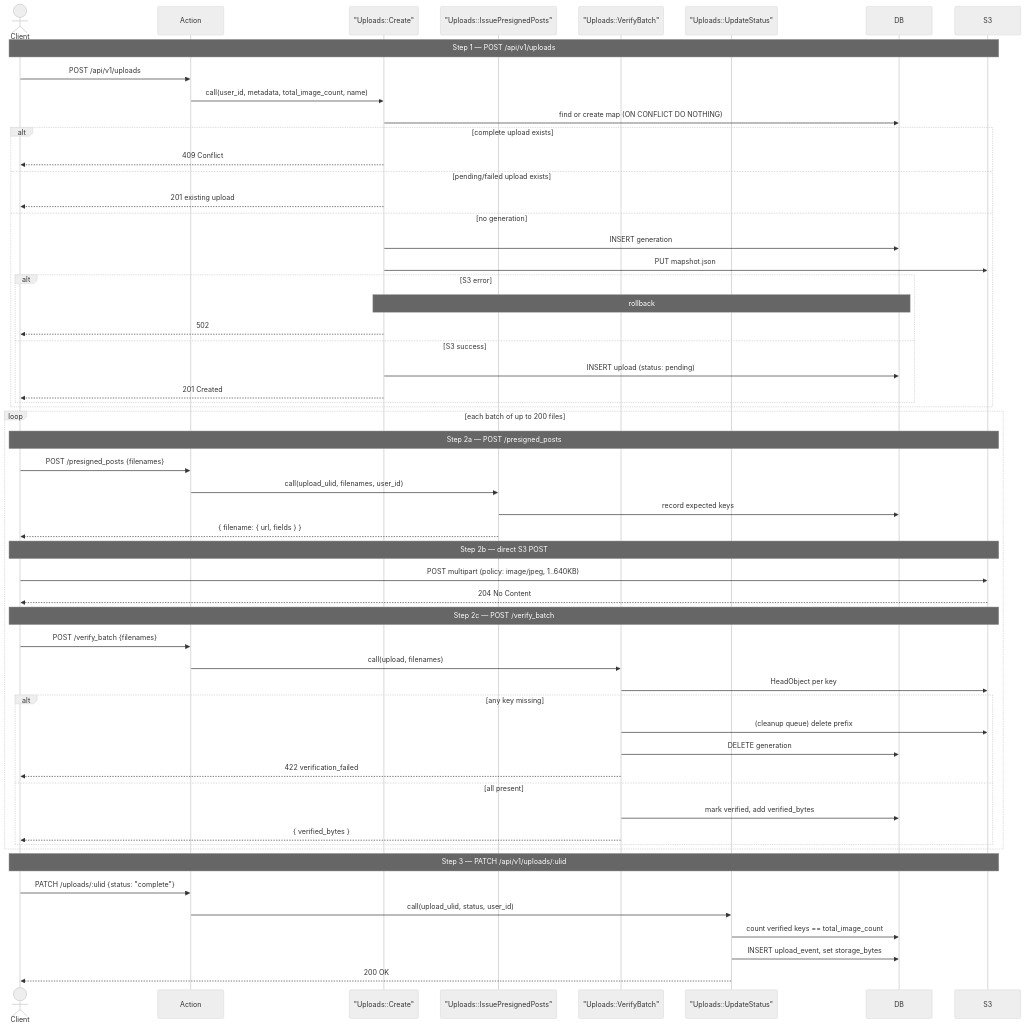
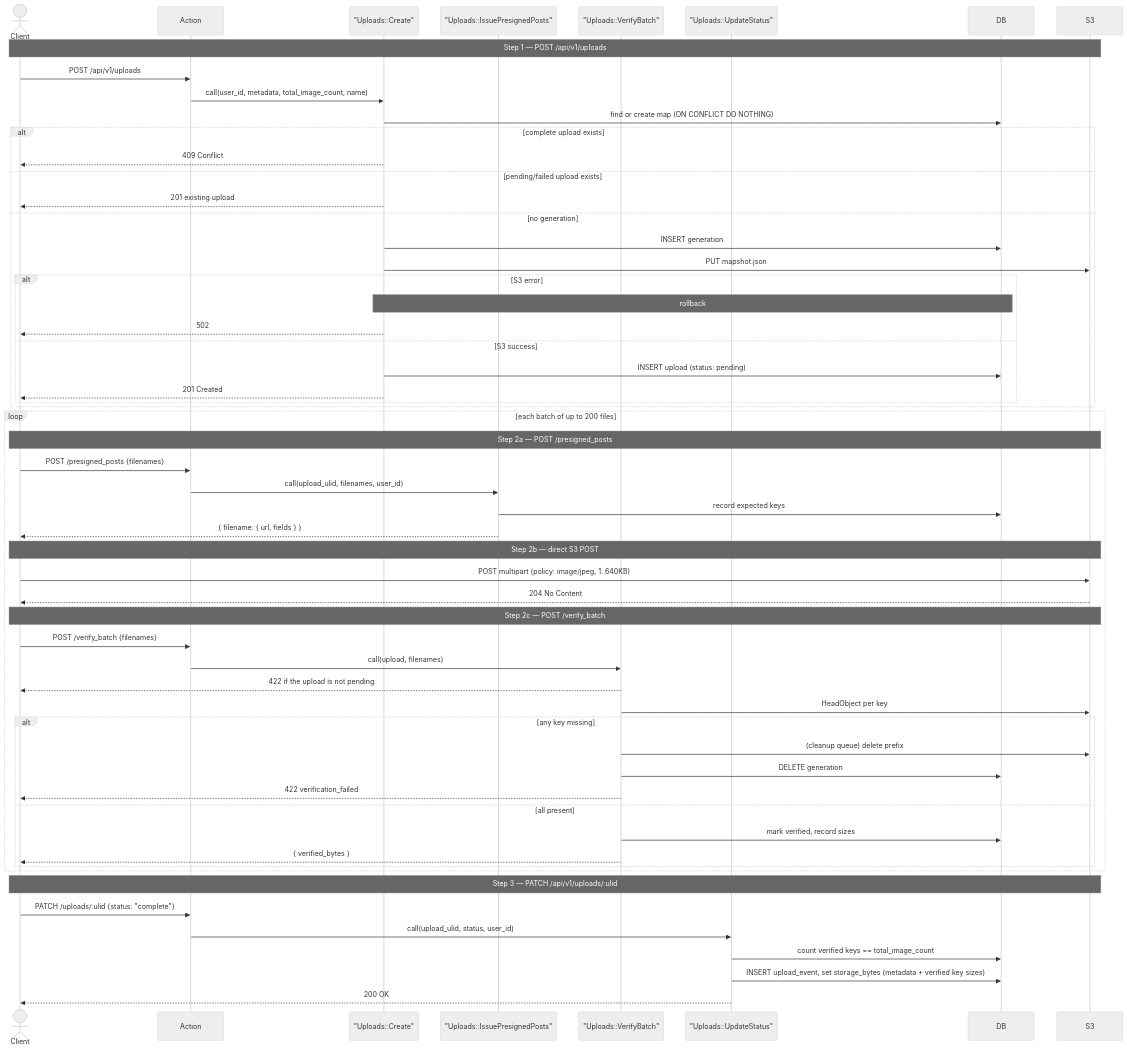
Before and after one commit to sakuro/pasta_atlas: the diagram in doc/architecture/upload-flow.md, drawn with Mermaid (neutral theme). The commit also changed other lines of this file and 17 other files, not shown here.

First line of the commit message:
:bug: Count each verified tile once in the storage size of a generation

````diff
--- a/doc/architecture/upload-flow.md
+++ b/doc/architecture/upload-flow.md
@@ -117,66 +118,67 @@
 ```mermaid
 sequenceDiagram
     actor Client
     participant Action
     participant UC as "Uploads::Create"
     participant IPP as "Uploads::IssuePresignedPosts"
     participant VB as "Uploads::VerifyBatch"
     participant UUS as "Uploads::UpdateStatus"
     participant DB
     participant S3
 
     Note over Client,S3: Step 1 — POST /api/v1/uploads
 
     Client->>Action: POST /api/v1/uploads
     Action->>UC: call(user_id, metadata, total_image_count, name)
     UC->>DB: find or create map (ON CONFLICT DO NOTHING)
 
     alt complete upload exists
         UC-->>Client: 409 Conflict
     else pending/failed upload exists
         UC-->>Client: 201 existing upload
     else no generation
         UC->>DB: INSERT generation
         UC->>S3: PUT mapshot.json
         alt S3 error
             Note over UC,DB: rollback
             UC-->>Client: 502
         else S3 success
             UC->>DB: INSERT upload (status: pending)
             UC-->>Client: 201 Created
         end
     end
 
     loop each batch of up to 200 files
         Note over Client,S3: Step 2a — POST /presigned_posts
         Client->>Action: POST /presigned_posts {filenames}
         Action->>IPP: call(upload_ulid, filenames, user_id)
         IPP->>DB: record expected keys
         IPP-->>Client: { filename: { url, fields } }
 
         Note over Client,S3: Step 2b — direct S3 POST
         Client->>S3: POST multipart (policy: image/jpeg, 1..640KB)
         S3-->>Client: 204 No Content
 
         Note over Client,S3: Step 2c — POST /verify_batch
         Client->>Action: POST /verify_batch {filenames}
         Action->>VB: call(upload, filenames)
+        VB-->>Client: 422 if the upload is not pending
         VB->>S3: HeadObject per key
         alt any key missing
             VB->>S3: (cleanup queue) delete prefix
             VB->>DB: DELETE generation
             VB-->>Client: 422 verification_failed
         else all present
-            VB->>DB: mark verified, add verified_bytes
+            VB->>DB: mark verified, record sizes
             VB-->>Client: { verified_bytes }
         end
     end
 
     Note over Client,S3: Step 3 — PATCH /api/v1/uploads/:ulid
 
     Client->>Action: PATCH /uploads/:ulid {status: "complete"}
     Action->>UUS: call(upload_ulid, status, user_id)
     UUS->>DB: count verified keys == total_image_count
-    UUS->>DB: INSERT upload_event, set storage_bytes
+    UUS->>DB: INSERT upload_event, set storage_bytes (metadata + verified key sizes)
     UUS-->>Client: 200 OK
 ```
````
